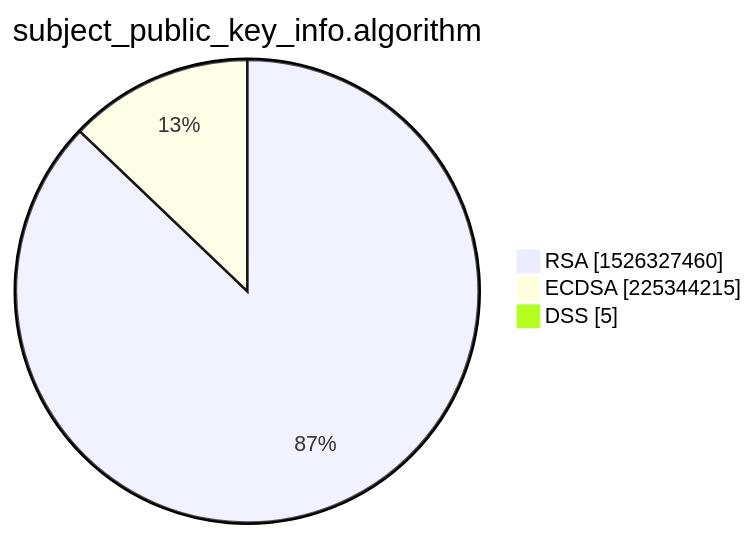
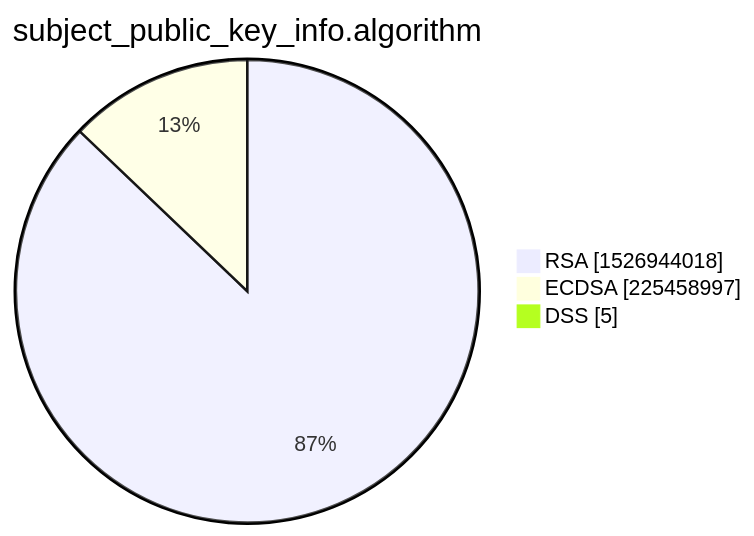
The third of 15 diagrams in xenon2022/README.md (christiankrug/ctmonitor_visualization), drawn with Mermaid before and after one commit. The commit also changed other lines of this file, not shown here.

````diff
--- a/xenon2022/README.md
+++ b/xenon2022/README.md
@@ -14,7 +14,7 @@
 ```mermaid
 pie showData
 title subject_public_key_info.algorithm
-"RSA" :1526327460
-"ECDSA" :225344215
+"RSA" :1526944018
+"ECDSA" :225458997
 "DSS" :5
 ```
````
